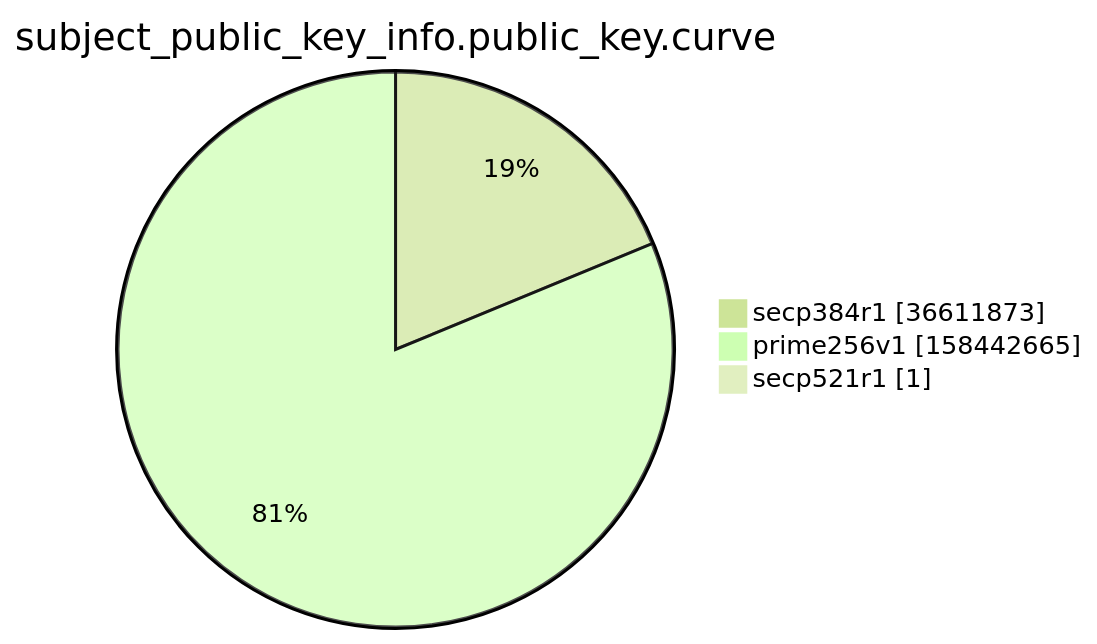
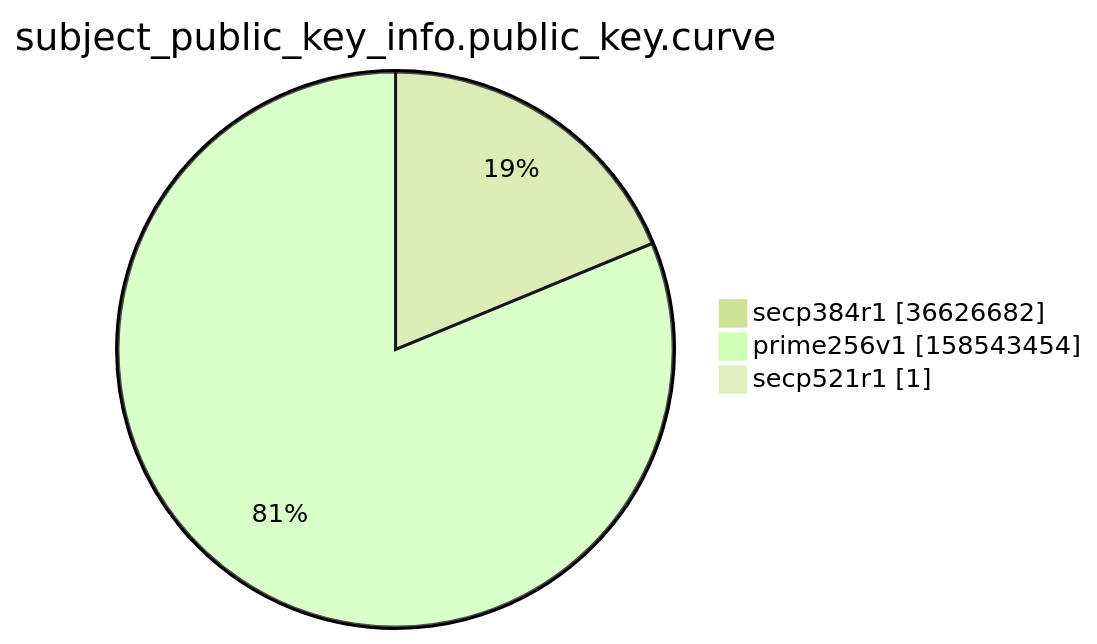
Before and after one commit to christiankrug/ctmonitor_visualization: the ninth of 15 diagrams in argon2022/README.md, drawn with Mermaid (forest theme). The commit also changed other lines of this file, not shown here.

````diff
--- a/argon2022/README.md
+++ b/argon2022/README.md
@@ -2766,7 +2766,7 @@
 ```mermaid
 pie showData
 title subject_public_key_info.public_key.curve
-"secp384r1" :36611873
-"prime256v1" :158442665
+"secp384r1" :36626682
+"prime256v1" :158543454
 "secp521r1" :1
 ```
````
